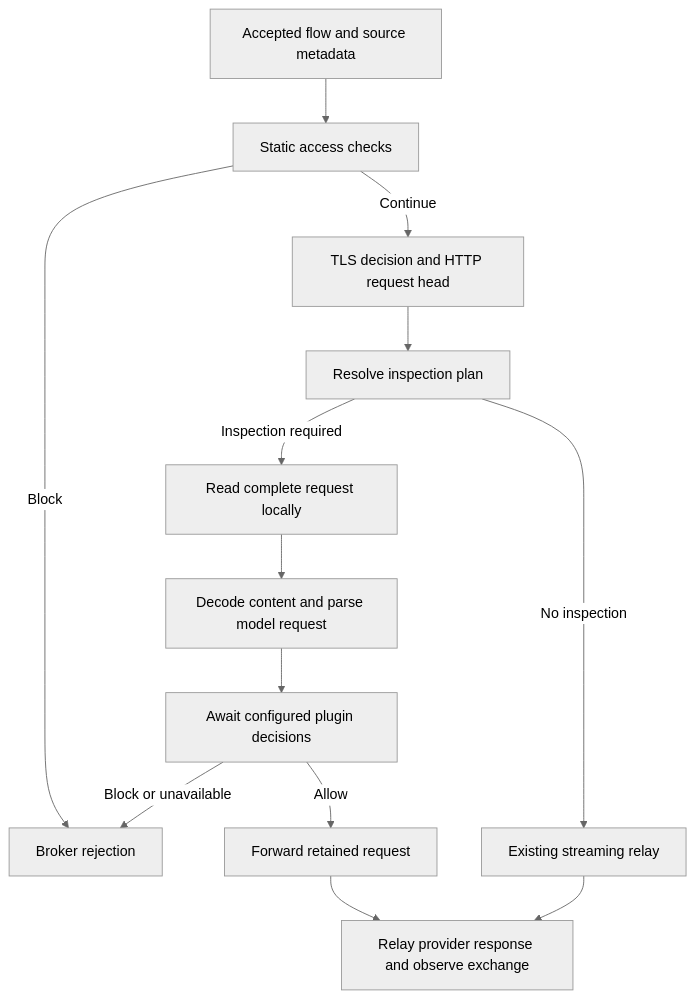
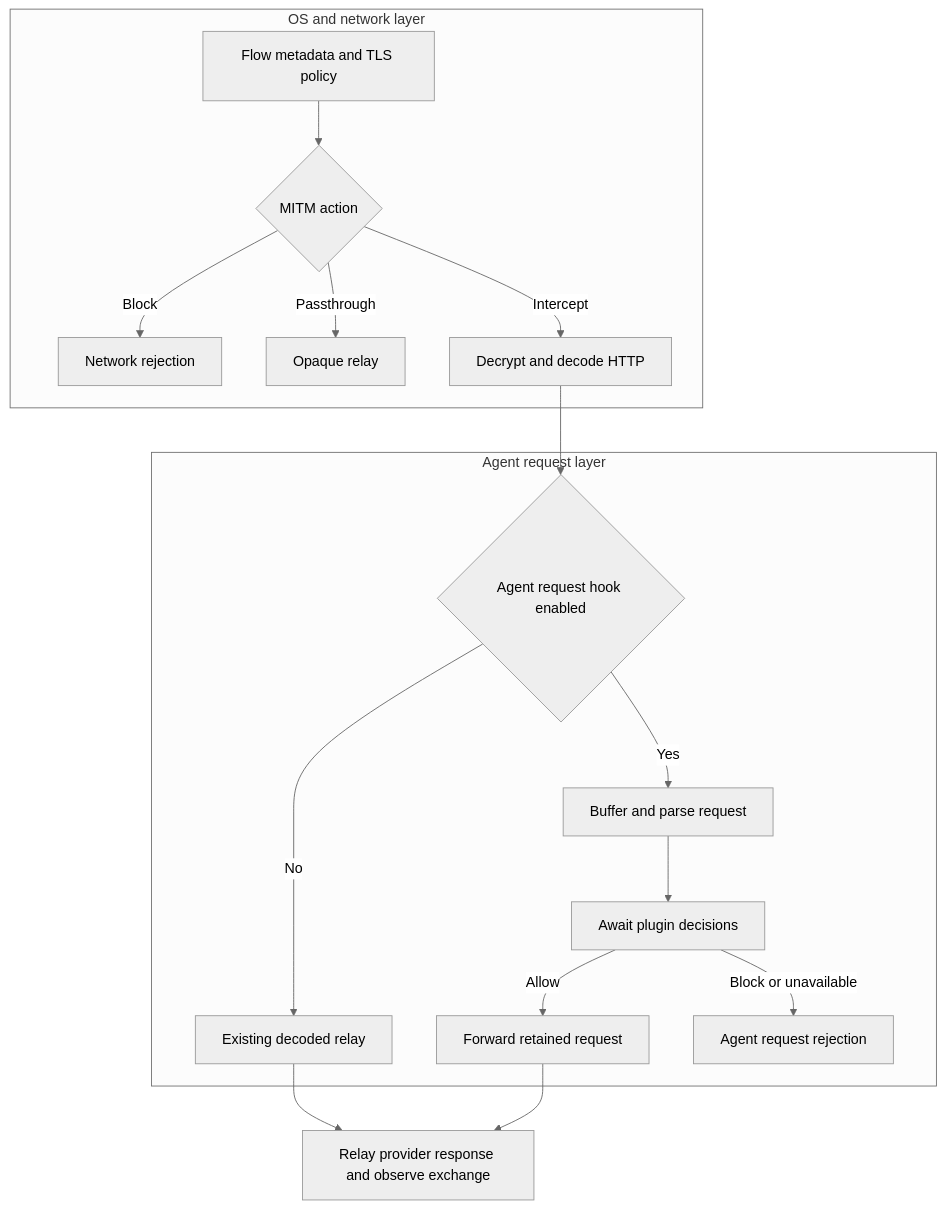
One commit to lexmount/abyss-rs changed the second of 4 diagrams in docs/request-blocking-design.md. Above: the diagram before and after it, drawn with Mermaid (neutral theme). The commit also changed other lines of this file, not shown here.

First line of the commit message:
docs: separate network and Agent blocking

````diff
--- a/docs/request-blocking-design.md
+++ b/docs/request-blocking-design.md
@@ -184,15 +253,19 @@
 ```mermaid
 flowchart TD
-    A[Accepted flow and source metadata] --> B[Static access checks]
-    B -->|Block| X[Broker rejection]
-    B -->|Continue| C[TLS decision and HTTP request head]
-    C --> D[Resolve inspection plan]
-    D -->|No inspection| E[Existing streaming relay]
-    D -->|Inspection required| F[Read complete request locally]
-    F --> G[Decode content and parse model request]
-    G --> H[Await configured plugin decisions]
-    H -->|Allow| I[Forward retained request]
-    H -->|Block or unavailable| X
+    subgraph N[OS and network layer]
+        A[Flow metadata and TLS policy] --> B{MITM action}
+        B -->|Block| X[Network rejection]
+        B -->|Passthrough| P[Opaque relay]
+        B -->|Intercept| C[Decrypt and decode HTTP]
+    end
+    subgraph R[Agent request layer]
+        C --> D{Agent request hook enabled}
+        D -->|No| E[Existing decoded relay]
+        D -->|Yes| F[Buffer and parse request]
+        F --> H[Await plugin decisions]
+        H -->|Allow| I[Forward retained request]
+        H -->|Block or unavailable| Y[Agent request rejection]
+    end
     I --> J[Relay provider response and observe exchange]
     E --> J
 ```
````
